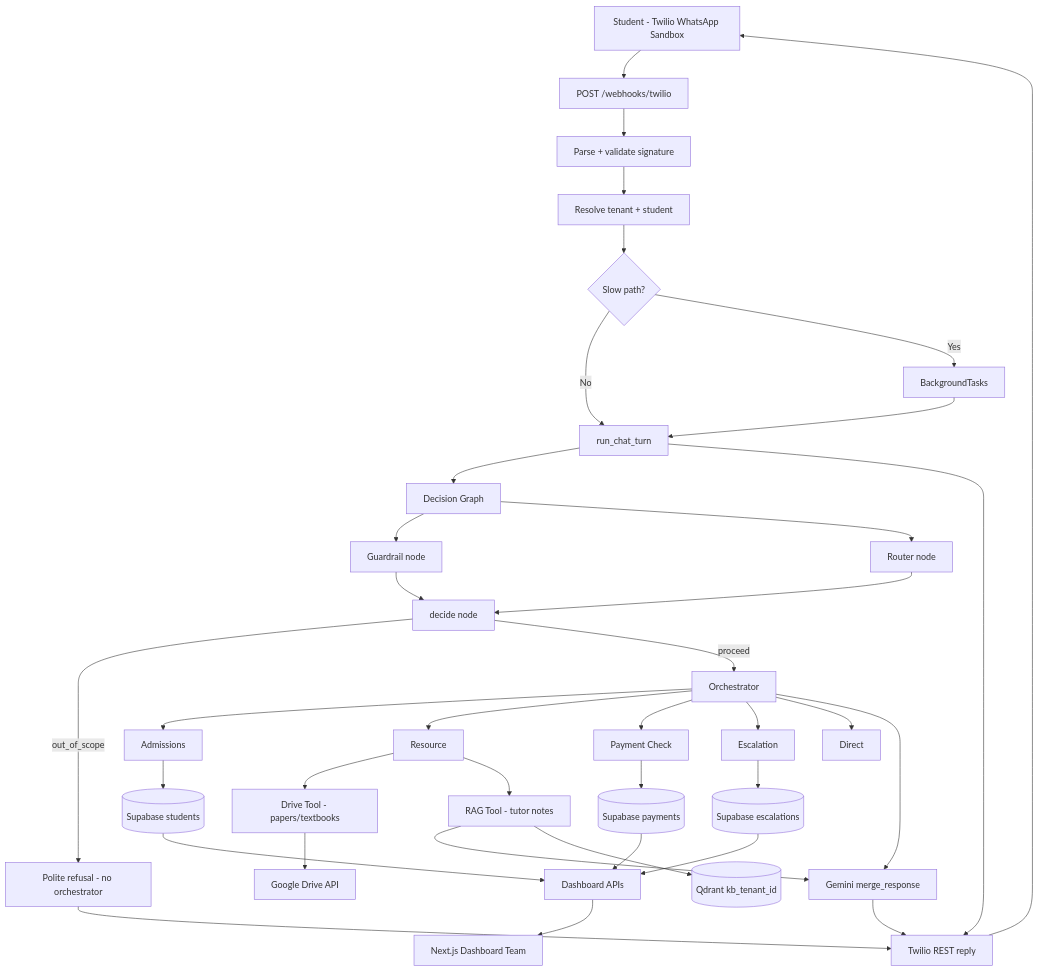
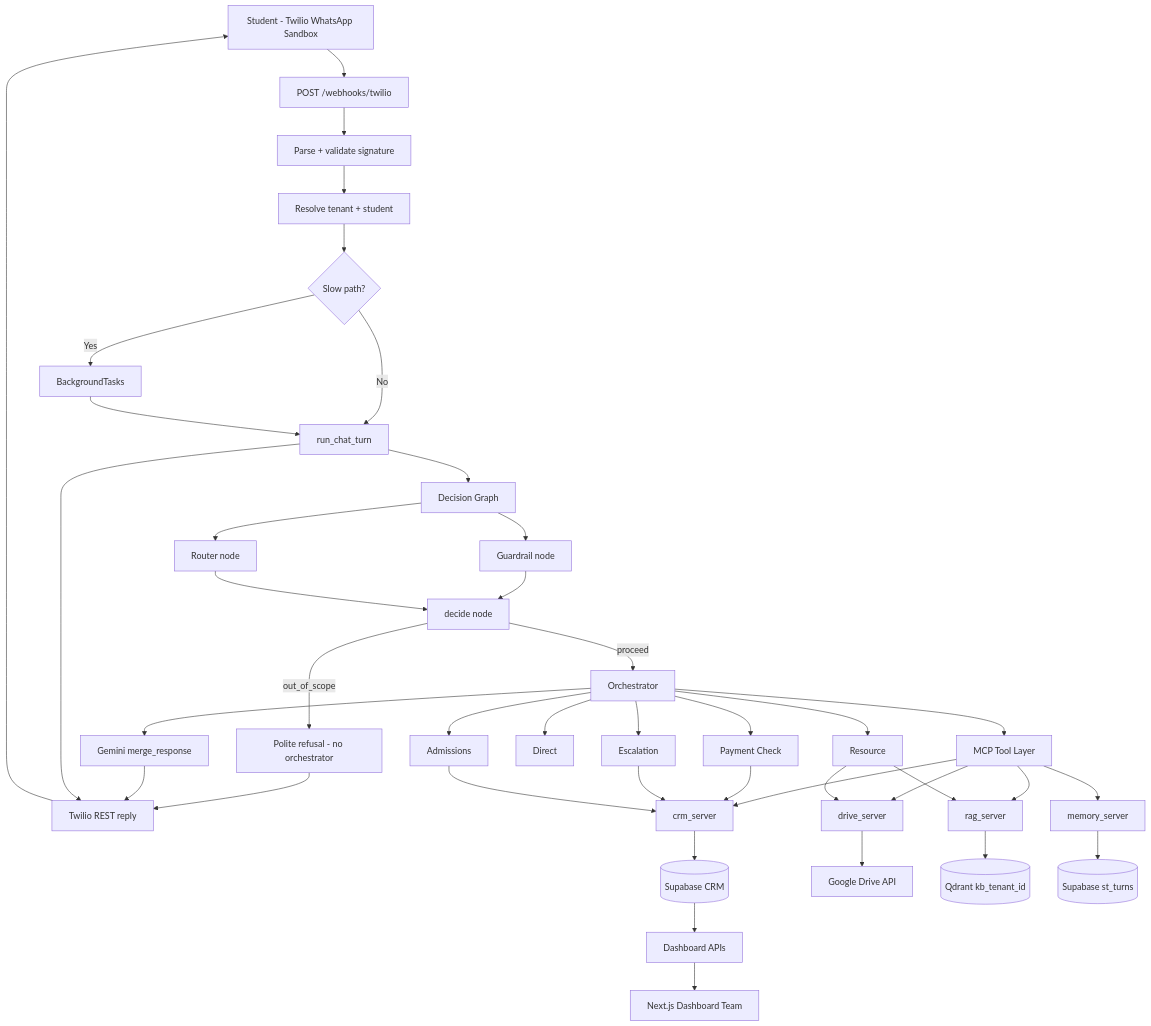
Before and after one commit to Axiom-AI-Agent/Axiom-AI: the diagram in docs/Technical Docs/AI backend - Roadmap.md, drawn with Mermaid. The commit also changed other lines of this file and 47 other files, not shown here.

````diff
--- a/docs/Technical Docs/AI backend - Roadmap.md
+++ b/docs/Technical Docs/AI backend - Roadmap.md
@@ -416,39 +459,43 @@
 ```mermaid
 flowchart TD
     S[Student - Twilio WhatsApp Sandbox] --> TW[POST /webhooks/twilio]
     TW --> PARSE[Parse + validate signature]
     PARSE --> TEN[Resolve tenant + student]
     TEN --> BT{Slow path?}
     BT -->|No| PIPE[run_chat_turn]
     BT -->|Yes| BG[BackgroundTasks]
     BG --> PIPE
     PIPE --> DG[Decision Graph]
     DG --> G[Guardrail node]
     DG --> R[Router node]
     G --> DEC[decide node]
     R --> DEC
     DEC -->|out_of_scope| OOS[Polite refusal - no orchestrator]
     DEC -->|proceed| ORCH[Orchestrator]
     OOS --> REPLY
     ORCH --> ADM[Admissions]
     ORCH --> RES[Resource]
     ORCH --> PAY[Payment Check]
     ORCH --> ESC[Escalation]
     ORCH --> DIR[Direct]
     ORCH --> MERGE[Gemini merge_response]
     MERGE --> REPLY
-    RES --> DRIVE[Drive Tool - papers/textbooks]
-    RES --> RAG[RAG Tool - tutor notes]
-    RAG --> MERGE
-    PAY --> SB[(Supabase payments)]
-    ESC --> SB2[(Supabase escalations)]
-    ADM --> SB3[(Supabase students)]
+    ORCH --> MCP[MCP Tool Layer]
+    MCP --> CRM_S[crm_server]
+    MCP --> DRV_S[drive_server]
+    MCP --> RAG_S[rag_server]
+    MCP --> MEM_S[memory_server]
+    CRM_S --> SB[(Supabase CRM)]
+    PAY --> CRM_S
+    ESC --> CRM_S
+    ADM --> CRM_S
+    RES --> DRV_S
+    RES --> RAG_S
+    DRV_S --> GD[Google Drive API]
+    RAG_S --> QD[(Qdrant kb_tenant_id)]
+    MEM_S --> SB4[(Supabase st_turns)]
     PIPE --> REPLY[Twilio REST reply]
     REPLY --> S
     SB --> DASH[Dashboard APIs]
-    SB2 --> DASH
-    SB3 --> DASH
     DASH --> FE[Next.js Dashboard Team]
-    RAG --> QD[(Qdrant kb_tenant_id)]
-    DRIVE --> GD[Google Drive API]
 ```
````
